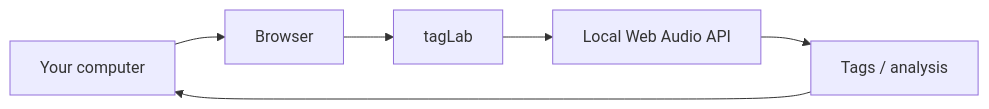
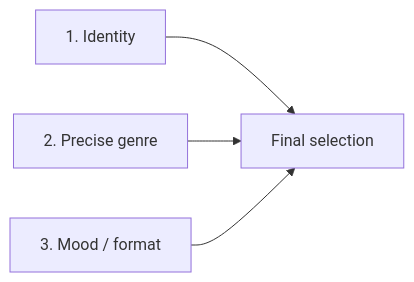
One commit to DissidentAI/tagLab- changed the fifth of 6 diagrams in README.md. Above: the diagram before and after it, drawn with Mermaid. The commit also changed other lines of this file, not shown here.

Commit message:
docs: rewrite README from current application architecture

````diff
--- a/README.md
+++ b/README.md
@@ -186,8 +393,6 @@
 ```mermaid
 flowchart LR
-    A[Your computer] --> B[Browser]
-    B --> C[tagLab]
-    C --> D[Local Web Audio API]
-    D --> E[Tags / analysis]
-    E --> A
+    A[1. Identity] --> D[Final selection]
+    B[2. Precise genre] --> D
+    C[3. Mood / format] --> D
 ```
````
